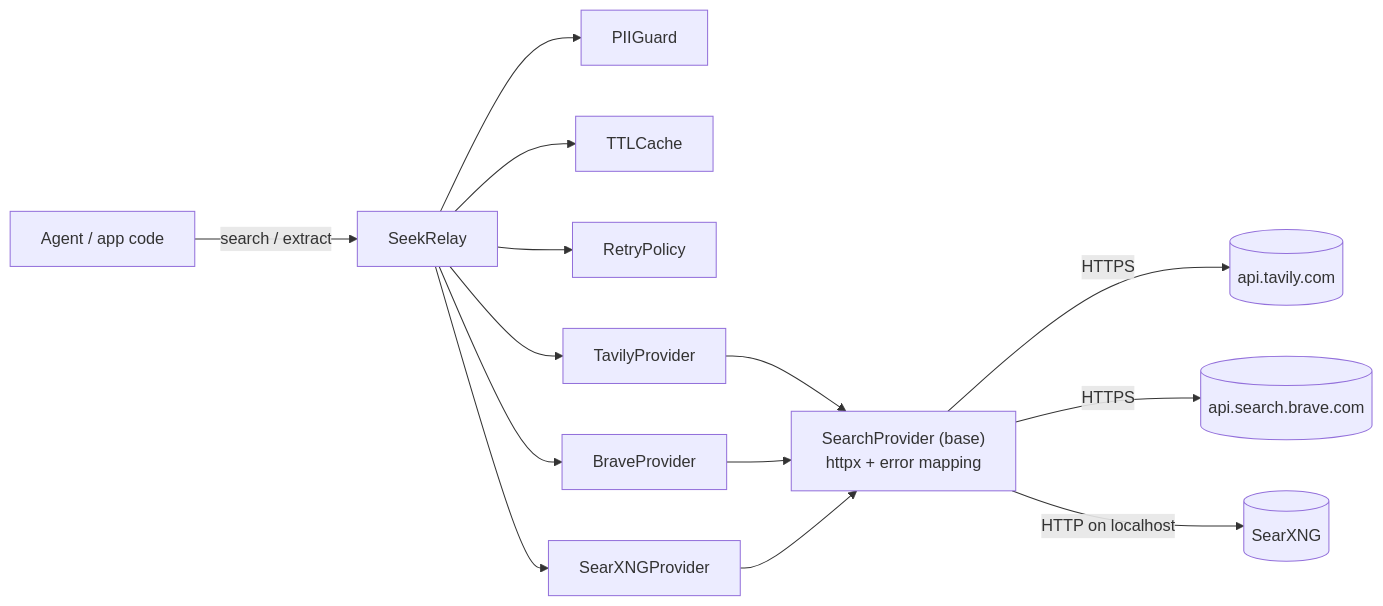
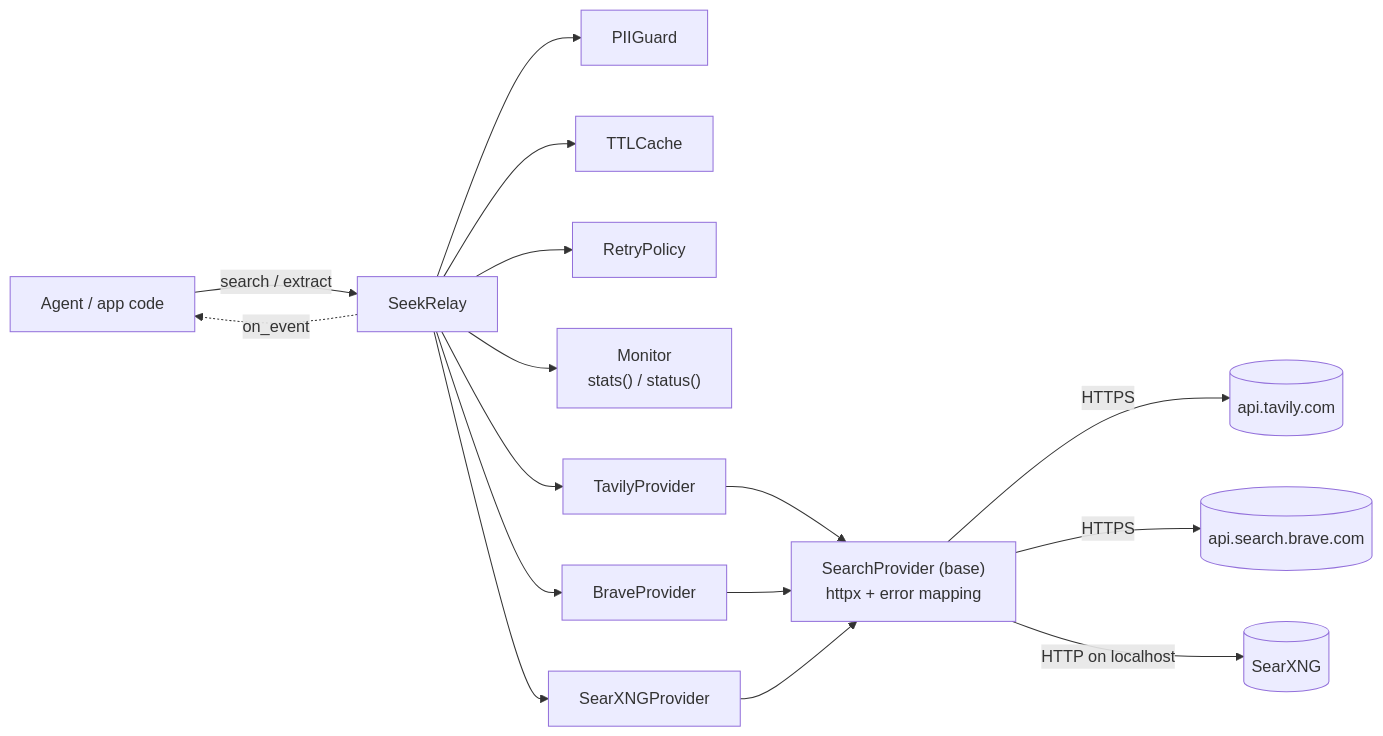
Before and after one commit to MaksicosUA/SeekRelay: the first of 2 diagrams in docs/ARCHITECTURE.md, drawn with Mermaid. The commit also changed other lines of this file and 30 other files, not shown here.

````diff
--- a/docs/ARCHITECTURE.md
+++ b/docs/ARCHITECTURE.md
@@ -19,14 +19,16 @@
 ```mermaid
 flowchart LR
     App["Agent / app code"] -->|search / extract| SR[SeekRelay]
     SR --> PII[PIIGuard]
     SR --> Cache[TTLCache]
     SR --> RP[RetryPolicy]
+    SR --> Mon["Monitor<br/>stats() / status()"]
+    SR -.->|on_event| App
     SR --> P1[TavilyProvider]
     SR --> P2[BraveProvider]
     SR --> P3[SearXNGProvider]
     P1 & P2 & P3 --> Base["SearchProvider (base)<br/>httpx + error mapping"]
     Base -->|HTTPS| Tavily[(api.tavily.com)]
     Base -->|HTTPS| Brave[(api.search.brave.com)]
     Base -->|HTTP on localhost| SX[(SearXNG)]
 ```
````
